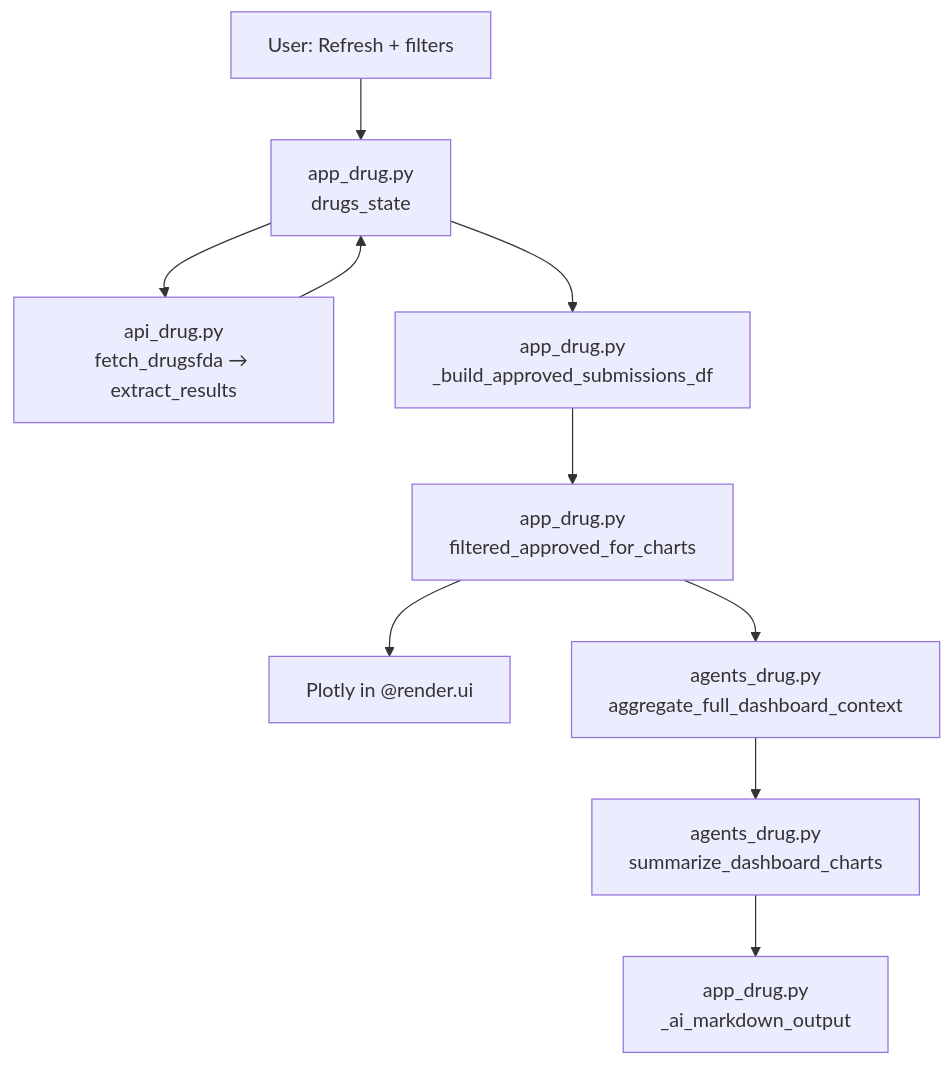
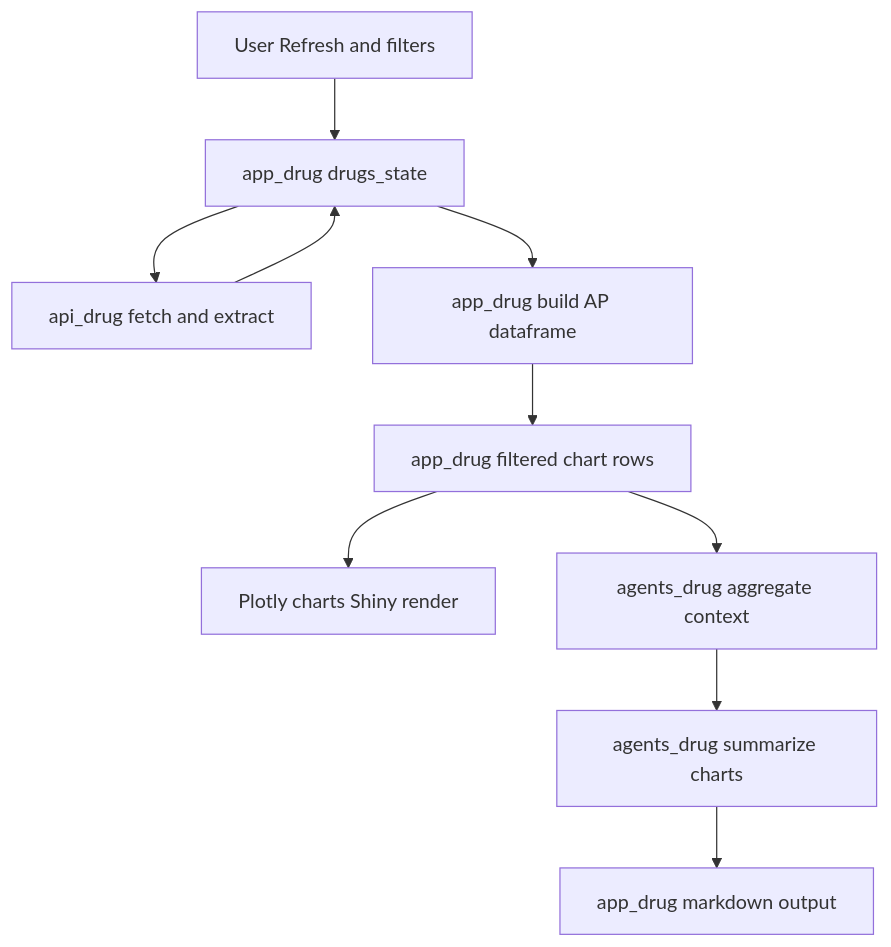
The first of 4 diagrams in app/ARCHITECTURE.md (joninguyen12/sysen5381-tool), drawn with Mermaid before and after one commit. The commit also changed other lines of this file, not shown here.

````diff
--- a/app/ARCHITECTURE.md
+++ b/app/ARCHITECTURE.md
@@ -68,12 +68,12 @@
 ```mermaid
 flowchart TB
-  R[User: Refresh + filters] --> ST[app_drug.py\ndrugs_state]
-  ST --> API[api_drug.py\nfetch_drugsfda → extract_results]
+  R[User Refresh and filters] --> ST[app_drug drugs_state]
+  ST --> API[api_drug fetch and extract]
   API --> ST
-  ST --> DF[app_drug.py\n_build_approved_submissions_df]
-  DF --> FAP[app_drug.py\nfiltered_approved_for_charts]
-  FAP --> CH[Plotly in @render.ui]
-  FAP --> AGG[agents_drug.py\naggregate_full_dashboard_context]
-  AGG --> SUM[agents_drug.py\nsummarize_dashboard_charts]
-  SUM --> UI[app_drug.py\n_ai_markdown_output]
+  ST --> DF[app_drug build AP dataframe]
+  DF --> FAP[app_drug filtered chart rows]
+  FAP --> CH[Plotly charts Shiny render]
+  FAP --> AGG[agents_drug aggregate context]
+  AGG --> SUM[agents_drug summarize charts]
+  SUM --> UI[app_drug markdown output]
 ```
````
